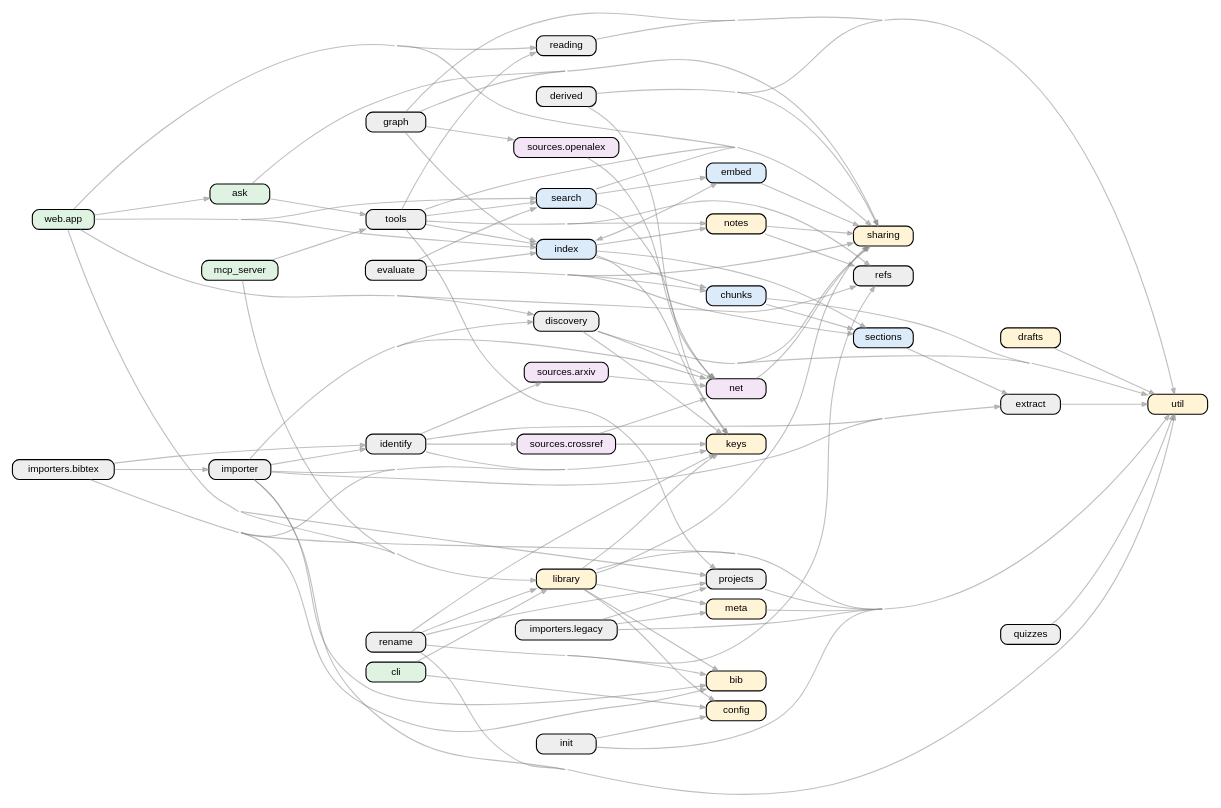
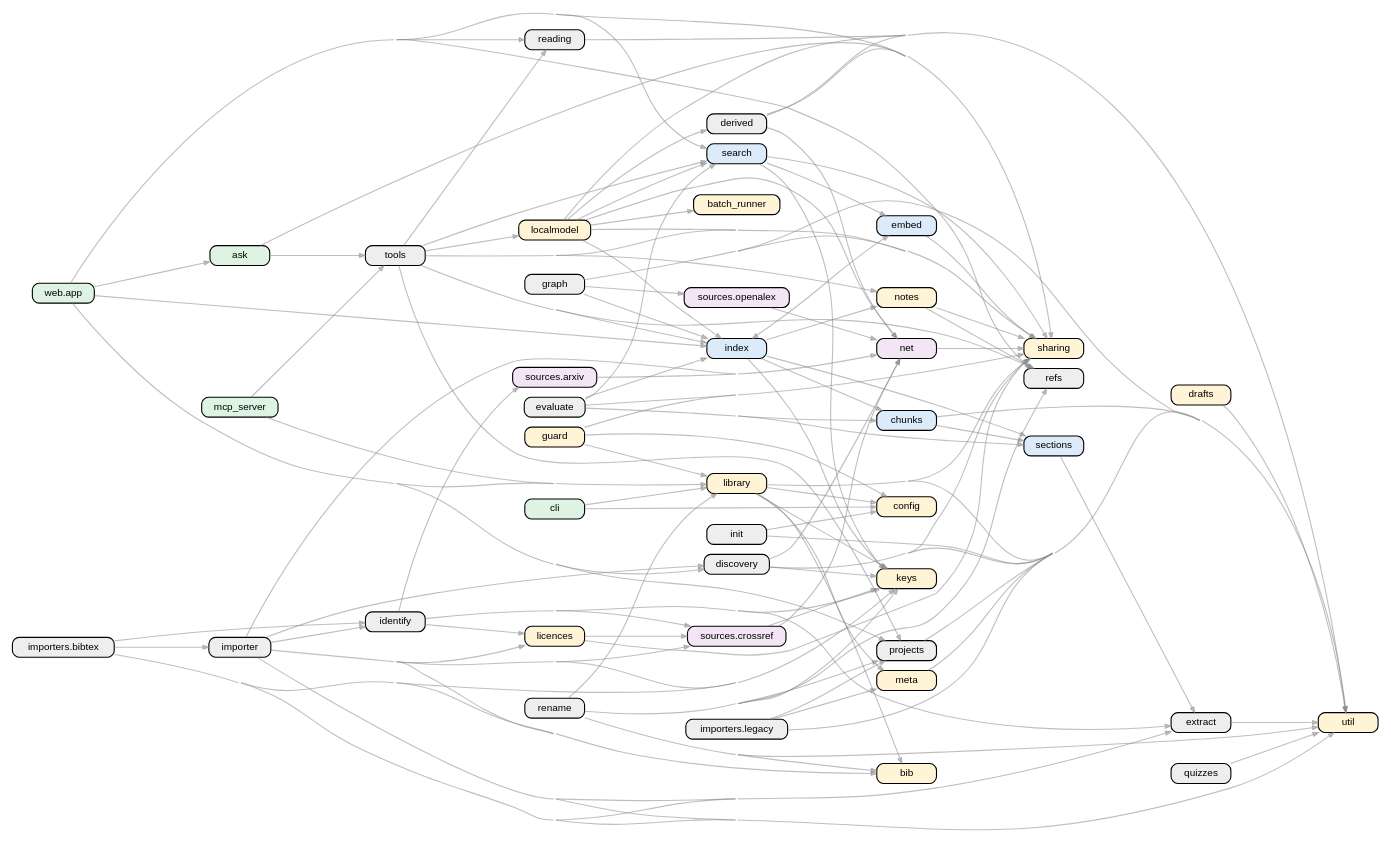
The diagram in docs/architecture/diagrams/modules.dot (markmuetz/litnav), drawn with Graphviz before and after one commit. The commit also changed 50 other files, not shown here.

```diff
--- a/docs/architecture/diagrams/modules.dot
+++ b/docs/architecture/diagrams/modules.dot
@@ -1,139 +1,160 @@
 digraph G { graph [rankdir=LR, fontname="Helvetica", ranksep=1.1, nodesep=0.12, concentrate=true];
  node [fontname="Helvetica", fontsize=9, shape=box, style="rounded,filled", height=0.25];
  edge [color="#88888888", arrowsize=0.5];
  "ask" [fillcolor="#DFF3E3"];
+ "batch_runner" [fillcolor="#FFF4D6"];
  "bib" [fillcolor="#FFF4D6"];
  "chunks" [fillcolor="#DCEBFA"];
  "cli" [fillcolor="#DFF3E3"];
  "config" [fillcolor="#FFF4D6"];
  "derived" [fillcolor="#EEEEEE"];
  "discovery" [fillcolor="#EEEEEE"];
  "drafts" [fillcolor="#FFF4D6"];
  "embed" [fillcolor="#DCEBFA"];
  "evaluate" [fillcolor="#EEEEEE"];
  "extract" [fillcolor="#EEEEEE"];
  "graph" [fillcolor="#EEEEEE"];
+ "guard" [fillcolor="#FFF4D6"];
  "identify" [fillcolor="#EEEEEE"];
  "importer" [fillcolor="#EEEEEE"];
  "importers.bibtex" [fillcolor="#EEEEEE"];
  "importers.legacy" [fillcolor="#EEEEEE"];
  "index" [fillcolor="#DCEBFA"];
  "init" [fillcolor="#EEEEEE"];
  "keys" [fillcolor="#FFF4D6"];
  "library" [fillcolor="#FFF4D6"];
+ "licences" [fillcolor="#FFF4D6"];
+ "localmodel" [fillcolor="#FFF4D6"];
  "mcp_server" [fillcolor="#DFF3E3"];
  "meta" [fillcolor="#FFF4D6"];
  "net" [fillcolor="#F3E5F5"];
  "notes" [fillcolor="#FFF4D6"];
  "projects" [fillcolor="#EEEEEE"];
  "quizzes" [fillcolor="#EEEEEE"];
  "reading" [fillcolor="#EEEEEE"];
  "refs" [fillcolor="#EEEEEE"];
  "rename" [fillcolor="#EEEEEE"];
  "search" [fillcolor="#DCEBFA"];
  "sections" [fillcolor="#DCEBFA"];
  "sharing" [fillcolor="#FFF4D6"];
  "sources.arxiv" [fillcolor="#F3E5F5"];
  "sources.crossref" [fillcolor="#F3E5F5"];
  "sources.openalex" [fillcolor="#F3E5F5"];
  "tools" [fillcolor="#EEEEEE"];
  "util" [fillcolor="#FFF4D6"];
  "web.app" [fillcolor="#DFF3E3"];
  "ask" -> "sharing";
  "ask" -> "tools";
  "chunks" -> "sections";
  "chunks" -> "util";
  "cli" -> "config";
  "cli" -> "library";
  "derived" -> "net";
  "derived" -> "sharing";
  "derived" -> "util";
  "discovery" -> "keys";
  "discovery" -> "net";
  "discovery" -> "sharing";
  "discovery" -> "util";
  "drafts" -> "util";
  "embed" -> "index";
  "embed" -> "sharing";
  "evaluate" -> "chunks";
  "evaluate" -> "index";
  "evaluate" -> "search";
  "evaluate" -> "sections";
  "evaluate" -> "sharing";
  "extract" -> "util";
  "graph" -> "index";
  "graph" -> "sharing";
  "graph" -> "sources.openalex";
  "graph" -> "util";
+ "guard" -> "config";
+ "guard" -> "library";
+ "guard" -> "sharing";
  "identify" -> "extract";
  "identify" -> "keys";
+ "identify" -> "licences";
  "identify" -> "sources.arxiv";
  "identify" -> "sources.crossref";
  "importer" -> "bib";
  "importer" -> "discovery";
  "importer" -> "extract";
  "importer" -> "identify";
  "importer" -> "keys";
+ "importer" -> "licences";
  "importer" -> "net";
+ "importer" -> "sources.crossref";
  "importer" -> "util";
  "importers.bibtex" -> "bib";
+ "importers.bibtex" -> "extract";
  "importers.bibtex" -> "identify";
  "importers.bibtex" -> "importer";
  "importers.bibtex" -> "keys";
  "importers.bibtex" -> "util";
  "importers.legacy" -> "meta";
  "importers.legacy" -> "projects";
  "importers.legacy" -> "util";
  "index" -> "chunks";
  "index" -> "embed";
  "index" -> "keys";
  "index" -> "notes";
  "index" -> "sections";
  "init" -> "config";
  "init" -> "util";
  "library" -> "bib";
  "library" -> "config";
  "library" -> "keys";
  "library" -> "meta";
  "library" -> "sharing";
  "library" -> "util";
+ "licences" -> "sharing";
+ "licences" -> "sources.crossref";
+ "localmodel" -> "batch_runner";
+ "localmodel" -> "derived";
+ "localmodel" -> "index";
+ "localmodel" -> "net";
+ "localmodel" -> "search";
+ "localmodel" -> "sharing";
+ "localmodel" -> "util";
  "mcp_server" -> "library";
  "mcp_server" -> "tools";
  "meta" -> "util";
  "net" -> "sharing";
  "notes" -> "refs";
  "notes" -> "sharing";
  "projects" -> "util";
  "quizzes" -> "util";
  "reading" -> "util";
  "rename" -> "bib";
  "rename" -> "keys";
  "rename" -> "library";
  "rename" -> "projects";
  "rename" -> "refs";
  "rename" -> "util";
  "search" -> "embed";
  "search" -> "keys";
  "search" -> "sharing";
  "sections" -> "extract";
  "sources.arxiv" -> "net";
  "sources.crossref" -> "keys";
  "sources.crossref" -> "net";
  "sources.openalex" -> "net";
  "tools" -> "index";
+ "tools" -> "localmodel";
  "tools" -> "notes";
  "tools" -> "projects";
  "tools" -> "reading";
  "tools" -> "refs";
  "tools" -> "search";
  "tools" -> "sharing";
  "web.app" -> "ask";
  "web.app" -> "discovery";
  "web.app" -> "index";
  "web.app" -> "library";
  "web.app" -> "projects";
  "web.app" -> "reading";
  "web.app" -> "refs";
  "web.app" -> "search";
  "web.app" -> "sharing";
 }
```
